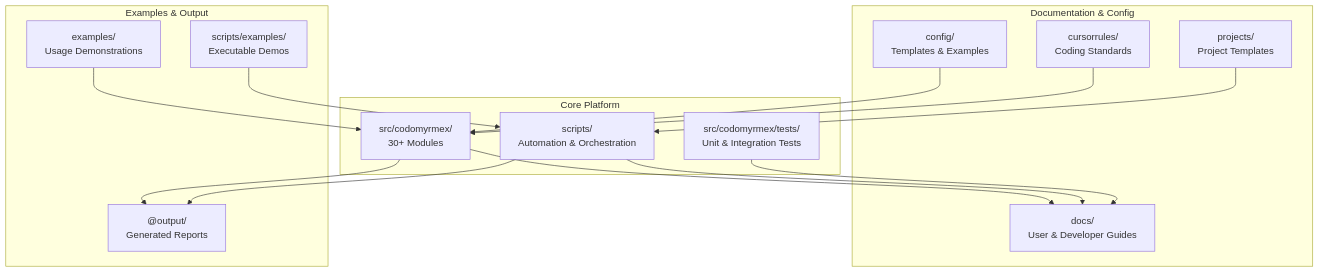
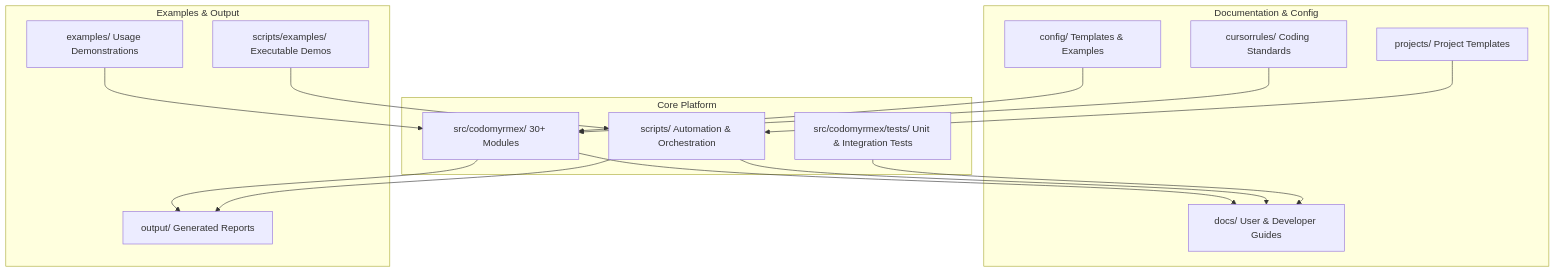
One commit to docxology/codomyrmex changed the seventh of 12 diagrams in README.md. Above: the diagram before and after it, drawn with Mermaid. The commit also changed other lines of this file and 21 other files, not shown here.

````diff
--- a/README.md
+++ b/README.md
@@ -785,32 +894,32 @@
 ```mermaid
 graph TD
-    subgraph "Core Platform"
-        CoreSrc["src/codomyrmex/<br/>30+ Modules"]
-        CoreScripts["scripts/<br/>Automation & Orchestration"]
-        CoreTests["src/codomyrmex/tests/<br/>Unit & Integration Tests"]
+    subgraph corePlatform ["Core Platform"]
+        CoreSrc["src/codomyrmex/ 30+ Modules"]
+        CoreScripts["scripts/ Automation & Orchestration"]
+        CoreTests["src/codomyrmex/tests/ Unit & Integration Tests"]
     end
 
-    subgraph "Documentation & Config"
-        Docs["docs/<br/>User & Developer Guides"]
-        Config["config/<br/>Templates & Examples"]
-        Rules["cursorrules/<br/>Coding Standards"]
-        Projects["projects/<br/>Project Templates"]
+    subgraph docsConfig ["Documentation & Config"]
+        Docs["docs/ User & Developer Guides"]
+        Config["config/ Templates & Examples"]
+        Rules["cursorrules/ Coding Standards"]
+        Projects["projects/ Project Templates"]
     end
 
-    subgraph "Examples & Output"
-        Examples["examples/<br/>Usage Demonstrations"]
-        Output["@output/<br/>Generated Reports"]
-        ScriptsExamples["scripts/examples/<br/>Executable Demos"]
+    subgraph examplesOutput ["Examples & Output"]
+        Examples["examples/ Usage Demonstrations"]
+        Output["output/ Generated Reports"]
+        ScriptsExamples["scripts/examples/ Executable Demos"]
     end
 
     CoreSrc --> Docs
     CoreScripts --> Docs
     CoreTests --> Docs
     Config --> CoreSrc
     Rules --> CoreSrc
     Projects --> CoreScripts
     Examples --> CoreSrc
     ScriptsExamples --> CoreScripts
     CoreSrc --> Output
     CoreScripts --> Output
 ```
````
